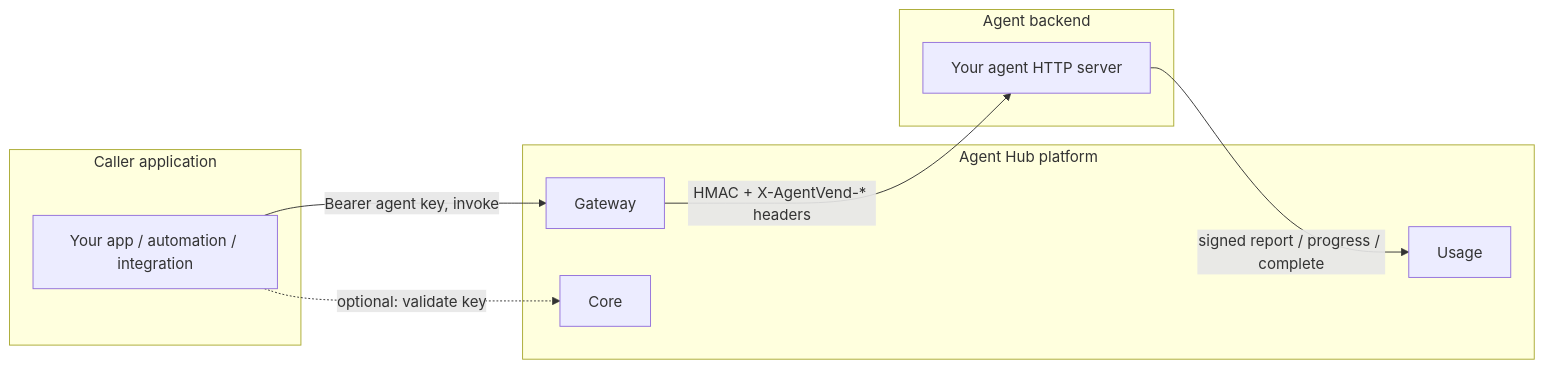
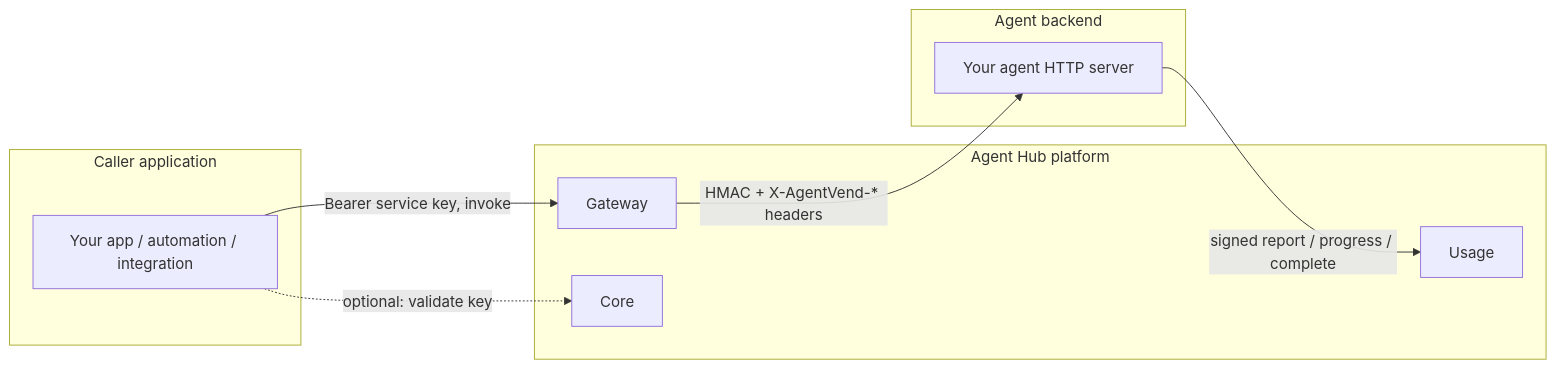
One commit to tollara/tollara-sdk changed the first of 8 diagrams in docs/sdk-callers-and-backends.md. Above: the diagram before and after it, drawn with Mermaid. The commit also changed other lines of this file and 97 other files, not shown here.

Commit message:
Terminology update for AgentVend Service SDK

````diff
--- a/docs/sdk-callers-and-backends.md
+++ b/docs/sdk-callers-and-backends.md
@@ -22,21 +22,21 @@
 ```mermaid
 flowchart LR
   subgraph Caller["Caller application"]
     C[Your app / automation / integration]
   end
 
   subgraph Platform["Agent Hub platform"]
     GW[Gateway]
     CORE[Core]
     USAGE[Usage]
   end
 
   subgraph Backend["Agent backend"]
     AG[Your agent HTTP server]
   end
 
-  C -->|"Bearer agent key, invoke"| GW
+  C -->|"Bearer service key, invoke"| GW
   GW -->|"HMAC + X-AgentVend-* headers"| AG
   C -.->|"optional: validate key"| CORE
   AG -->|"signed report / progress / complete"| USAGE
 ```
````
